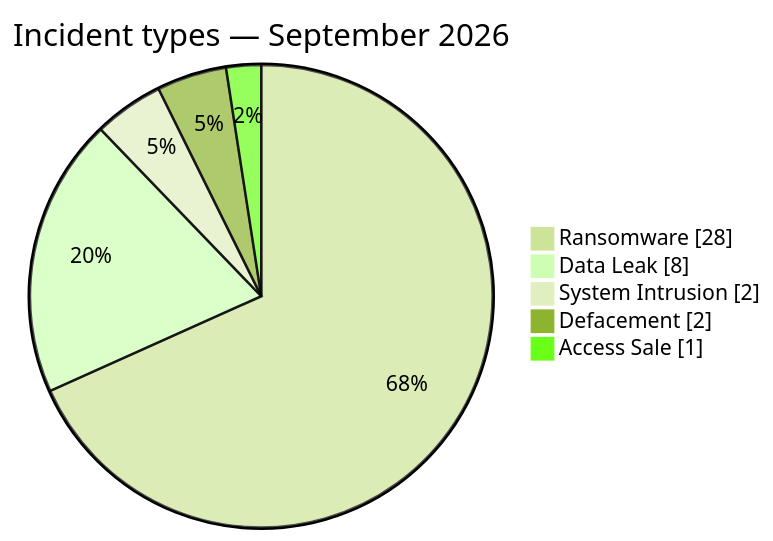
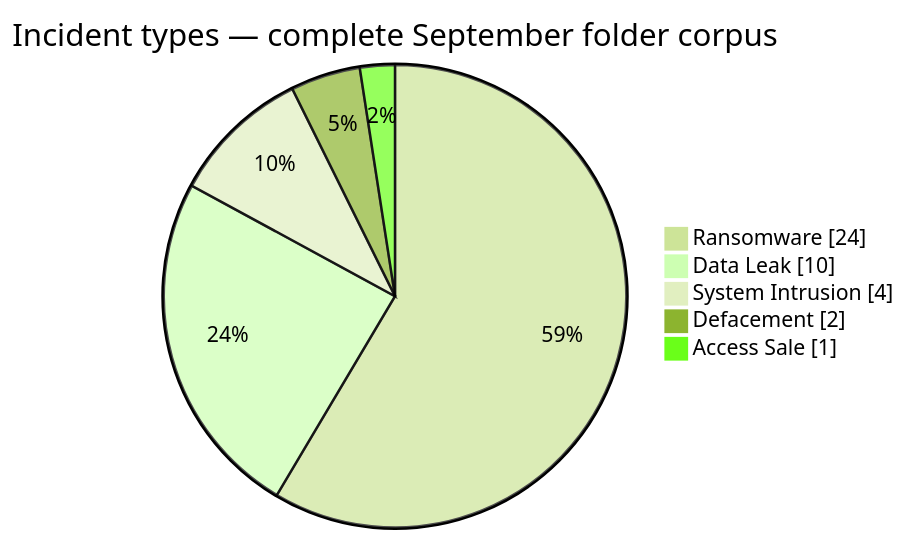
Before and after one commit to Hatchepsoute/AFRINTEL: the second of 10 diagrams in CyberAttackAfrica/2026/09-september/README.md, drawn with Mermaid (forest theme). The commit also changed other lines of this file and 30 other files, not shown here.

````diff
--- a/CyberAttackAfrica/2026/09-september/README.md
+++ b/CyberAttackAfrica/2026/09-september/README.md
@@ -63,9 +91,9 @@
 ```mermaid
 pie showData
-    title Incident types — September 2026
-    "Ransomware" : 28
-    "Data Leak" : 8
-    "System Intrusion" : 2
+    title Incident types — complete September folder corpus
+    "Ransomware" : 24
+    "Data Leak" : 10
+    "System Intrusion" : 4
     "Defacement" : 2
     "Access Sale" : 1
 ```
````
